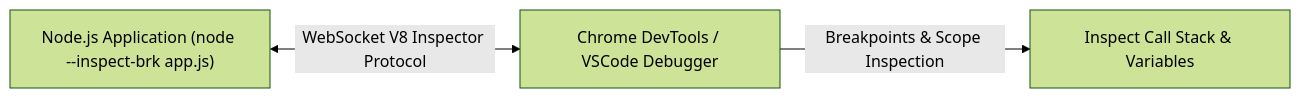
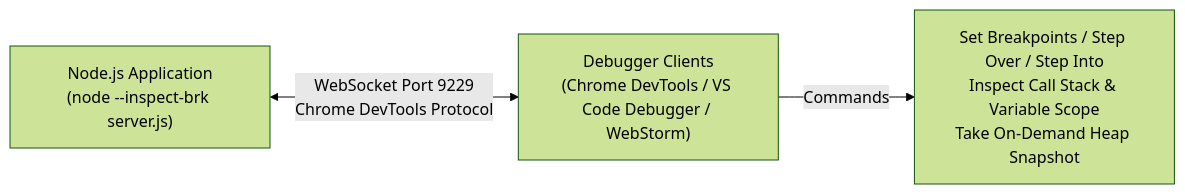
The first of 2 diagrams in nodejs-notes/28-debugging-node.md (Amie-dev/engineering-playbook), drawn with Mermaid (forest theme) before and after one commit. The commit also changed other lines of this file and 32 other files, not shown here.

````diff
--- a/nodejs-notes/28-debugging-node.md
+++ b/nodejs-notes/28-debugging-node.md
@@ -10,6 +15,6 @@
 ```mermaid
 flowchart LR
-    NodeApp["Node.js Application (node --inspect-brk app.js)"] <-->|WebSocket V8 Inspector Protocol| ChromeDevTools["Chrome DevTools / VSCode Debugger"]
-    
-    ChromeDevTools -->|Breakpoints & Scope Inspection| Inspect[Inspect Call Stack & Variables]
+    NodeProc["Node.js Application<br/>(node --inspect-brk server.js)"] <-->|WebSocket Port 9229<br/>Chrome DevTools Protocol| DebuggerClient["Debugger Clients<br/>(Chrome DevTools / VS Code Debugger / WebStorm)"]
+
+    DebuggerClient -->|Commands| Cmds["Set Breakpoints / Step Over / Step Into<br/>Inspect Call Stack & Variable Scope<br/>Take On-Demand Heap Snapshot"]
 ```
````
